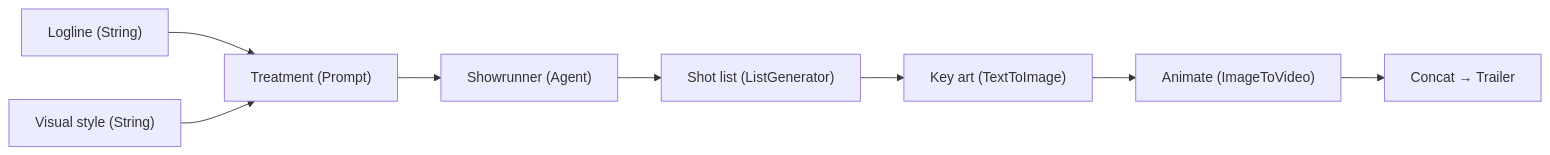
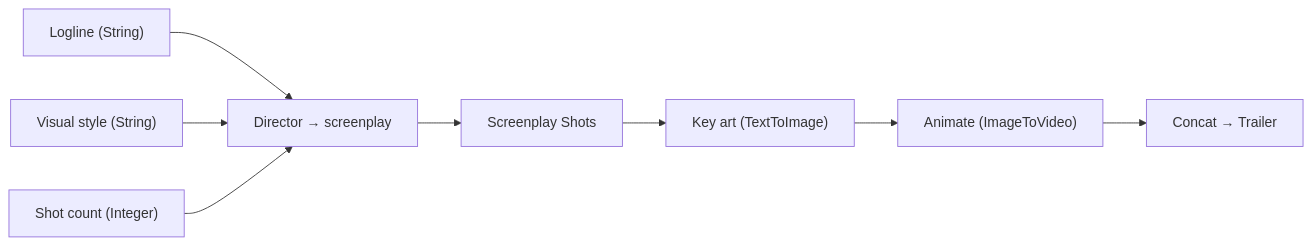
Before and after one commit to nodetool-ai/nodetool: the diagram in docs/use-cases/movie-trailer.md, drawn with Mermaid. The commit also changed other lines of this file and 12 other files, not shown here.

```diff
--- a/docs/use-cases/movie-trailer.md
+++ b/docs/use-cases/movie-trailer.md
@@ -23,18 +23,18 @@
 {% mermaid %}
 graph LR
   logline["Logline (String)"]
   vstyle["Visual style (String)"]
-  treatment["Treatment (Prompt)"]
-  showrunner["Showrunner (Agent)"]
-  shotlist["Shot list (ListGenerator)"]
+  count["Shot count (Integer)"]
+  director["Director → screenplay"]
+  shots["Screenplay Shots"]
   keyart["Key art (TextToImage)"]
   i2v["Animate (ImageToVideo)"]
   concat["Concat → Trailer"]
-  logline --> treatment
-  vstyle --> treatment
-  treatment --> showrunner
-  showrunner --> shotlist
-  shotlist --> keyart
+  logline --> director
+  vstyle --> director
+  count --> director
+  director --> shots
+  shots --> keyart
   keyart --> i2v
   i2v --> concat
 {% endmermaid %}
```
